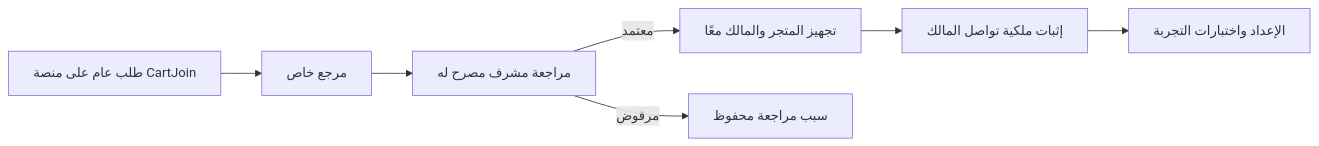
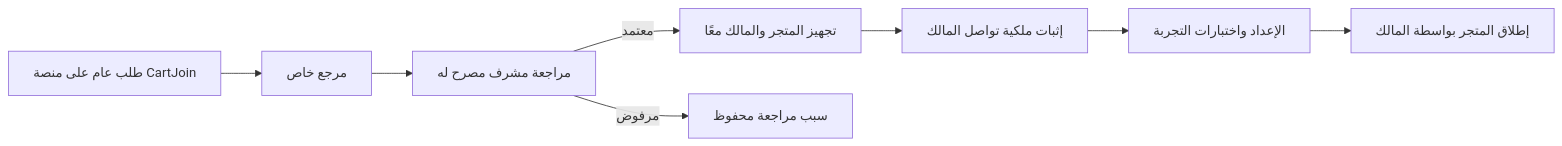
One commit to mahmoudkhairy159/CartJoin-Client-Docs changed the diagram in content/docs/ar/features/merchant-onboarding.mdx. Above: the diagram before and after it, drawn with Mermaid. The commit also changed other lines of this file and 5 other files, not shown here.

````diff
--- a/content/docs/ar/features/merchant-onboarding.mdx
+++ b/content/docs/ar/features/merchant-onboarding.mdx
@@ -55,9 +63,10 @@
 ```mermaid
 flowchart LR
   Public[طلب عام على منصة CartJoin] --> Receipt[مرجع خاص]
   Receipt --> Review[مراجعة مشرف مصرح له]
   Review -->|معتمد| Tenant[تجهيز المتجر والمالك معًا]
   Tenant --> Recover[إثبات ملكية تواصل المالك]
   Recover --> Setup[الإعداد واختبارات التجربة]
+  Setup --> Launch[إطلاق المتجر بواسطة المالك]
   Review -->|مرفوض| Reason[سبب مراجعة محفوظ]
 ```
````
